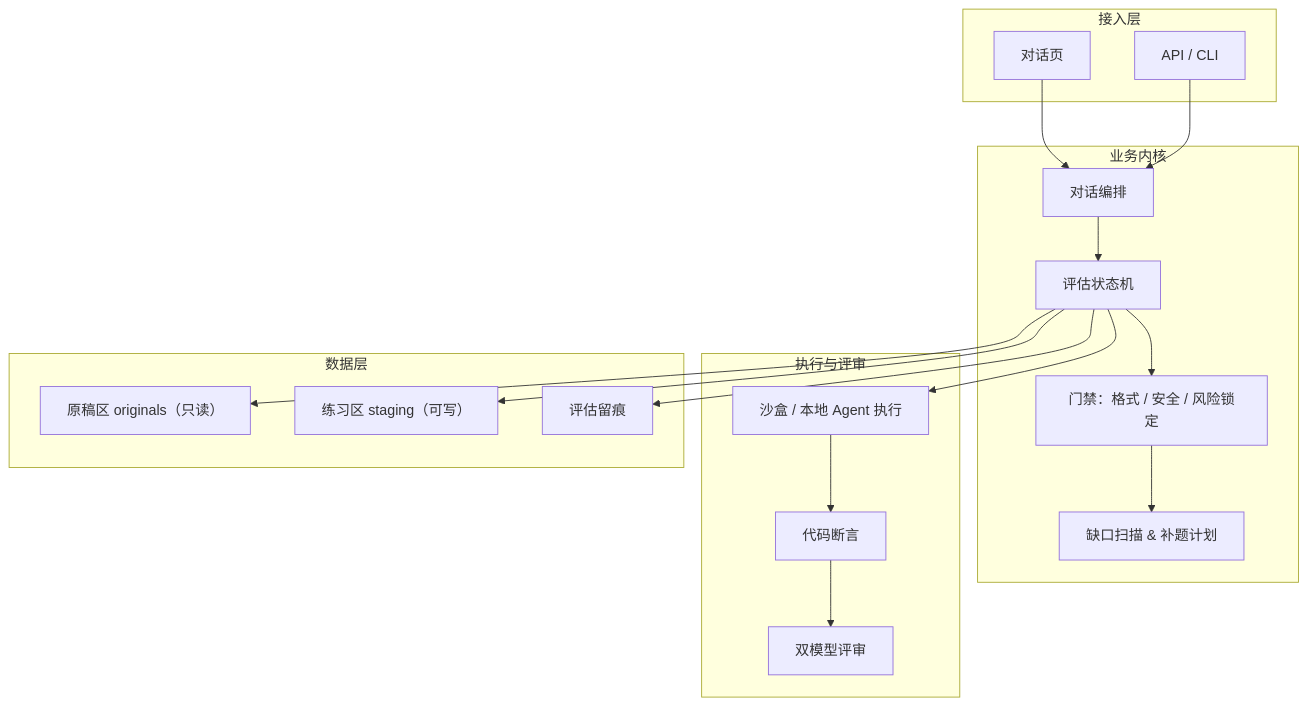
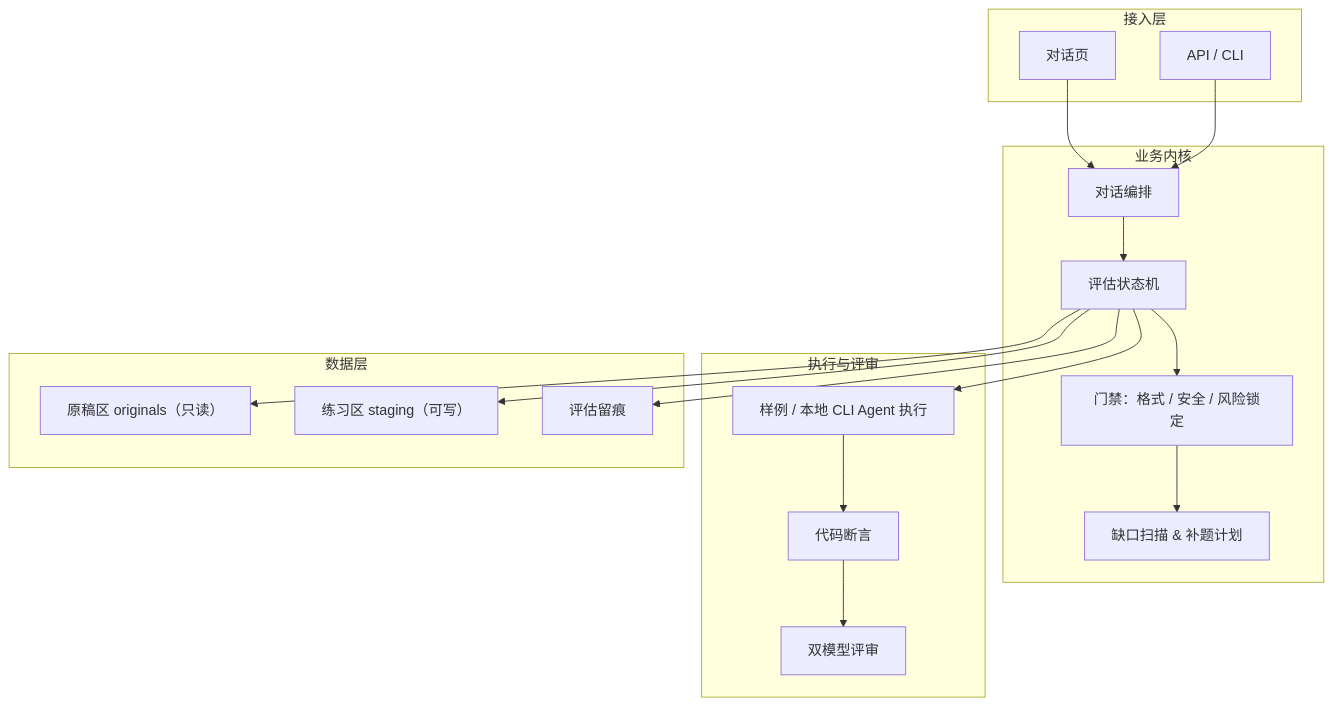
The first of 3 diagrams in docs/guides/Skill评估机制架构与流程.md (NathanZhou1225/Skillhub_eval), drawn with Mermaid before and after one commit. The commit also changed other lines of this file and 5 other files, not shown here.

````diff
--- a/docs/guides/Skill评估机制架构与流程.md
+++ b/docs/guides/Skill评估机制架构与流程.md
@@ -13,31 +13,31 @@
 ```mermaid
 flowchart TB
     subgraph 接入层
         B1["对话页"]
         B2["API / CLI"]
     end
 
     subgraph 业务内核
         C1["对话编排"]
         C2["评估状态机"]
         C3["门禁：格式 / 安全 / 风险锁定"]
         C4["缺口扫描 & 补题计划"]
     end
 
     subgraph 执行与评审
-        D1["沙盒 / 本地 Agent 执行"]
+        D1["样例 / 本地 CLI Agent 执行"]
         D2["代码断言"]
         D3["双模型评审"]
     end
 
     subgraph 数据层
         E1["原稿区 originals（只读）"]
         E2["练习区 staging（可写）"]
         E3["评估留痕"]
     end
 
     B1 & B2 --> C1 --> C2
     C2 --> C3 --> C4
     C2 --> D1 --> D2 --> D3
     C2 --> E1 & E2 & E3
 ```
````
